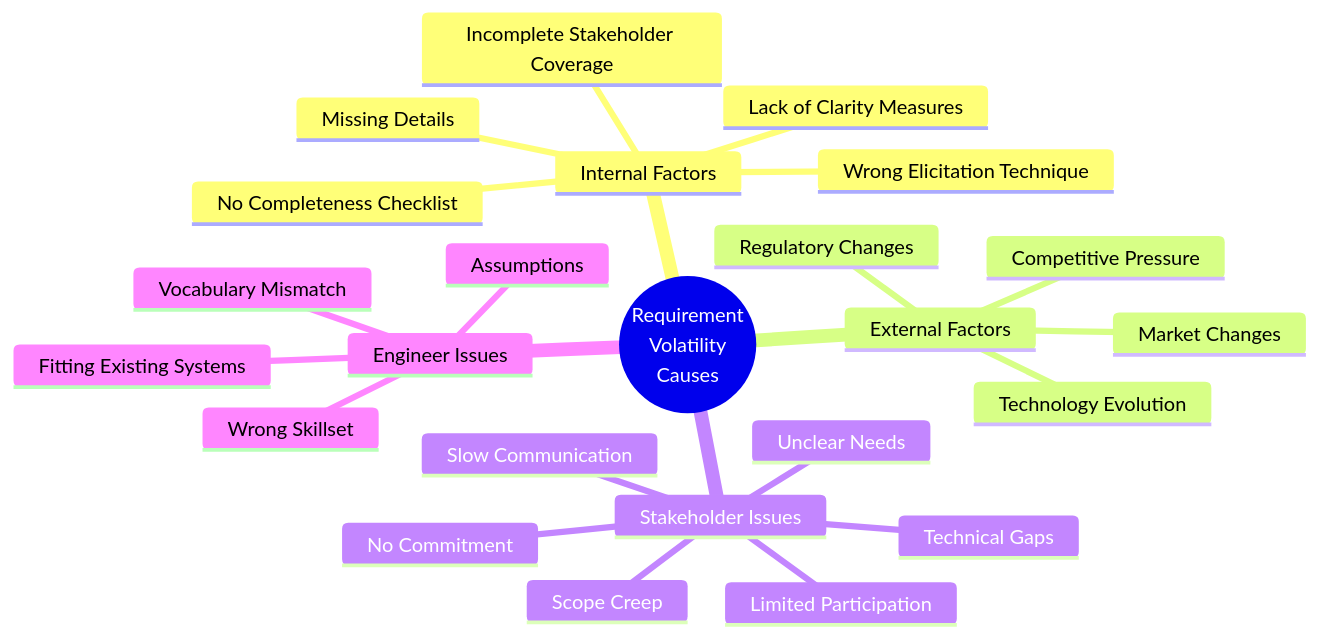
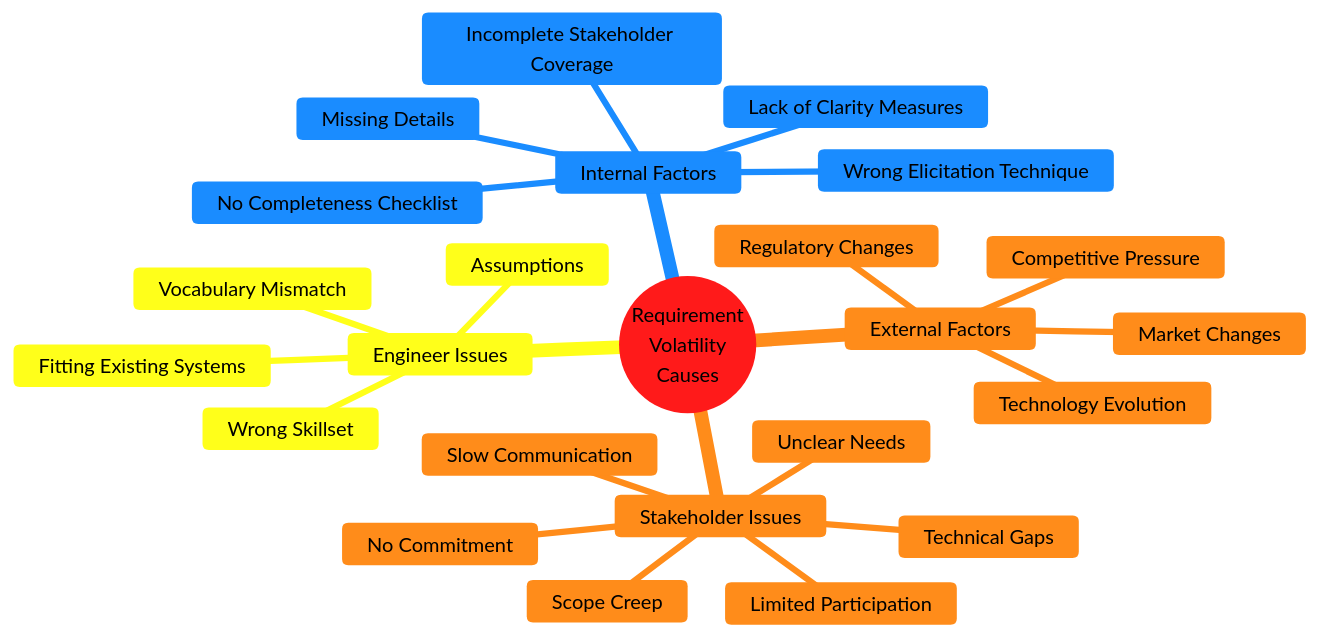
Before and after one commit to gitpavleenbali/DevOps-PPT-People-Processes-and-Tools: the tenth of 39 diagrams in Requirement Management/RequirementManagement.md, drawn with Mermaid. The commit also changed other lines of this file, not shown here.

Commit message:
Fix diagram text visibility

````diff
--- a/Requirement Management/RequirementManagement.md
+++ b/Requirement Management/RequirementManagement.md
@@ -364,27 +366,28 @@
 ```mermaid
+%%{init: {'theme':'base', 'themeVariables': { 'primaryColor':'#ff9999','primaryTextColor':'#000','primaryBorderColor':'#000','lineColor':'#000','secondaryColor':'#99ccff','tertiaryColor':'#ffcc99'}}}%%
 mindmap
   root((Requirement<br/>Volatility<br/>Causes))
     Internal Factors
       Incomplete Stakeholder Coverage
       Wrong Elicitation Technique
       Missing Details
       No Completeness Checklist
       Lack of Clarity Measures
     External Factors
       Market Changes
       Competitive Pressure
       Regulatory Changes
       Technology Evolution
     Stakeholder Issues
       Unclear Needs
       No Commitment
       Scope Creep
       Slow Communication
       Limited Participation
       Technical Gaps
     Engineer Issues
       Vocabulary Mismatch
       Fitting Existing Systems
       Wrong Skillset
       Assumptions
 ```
````
